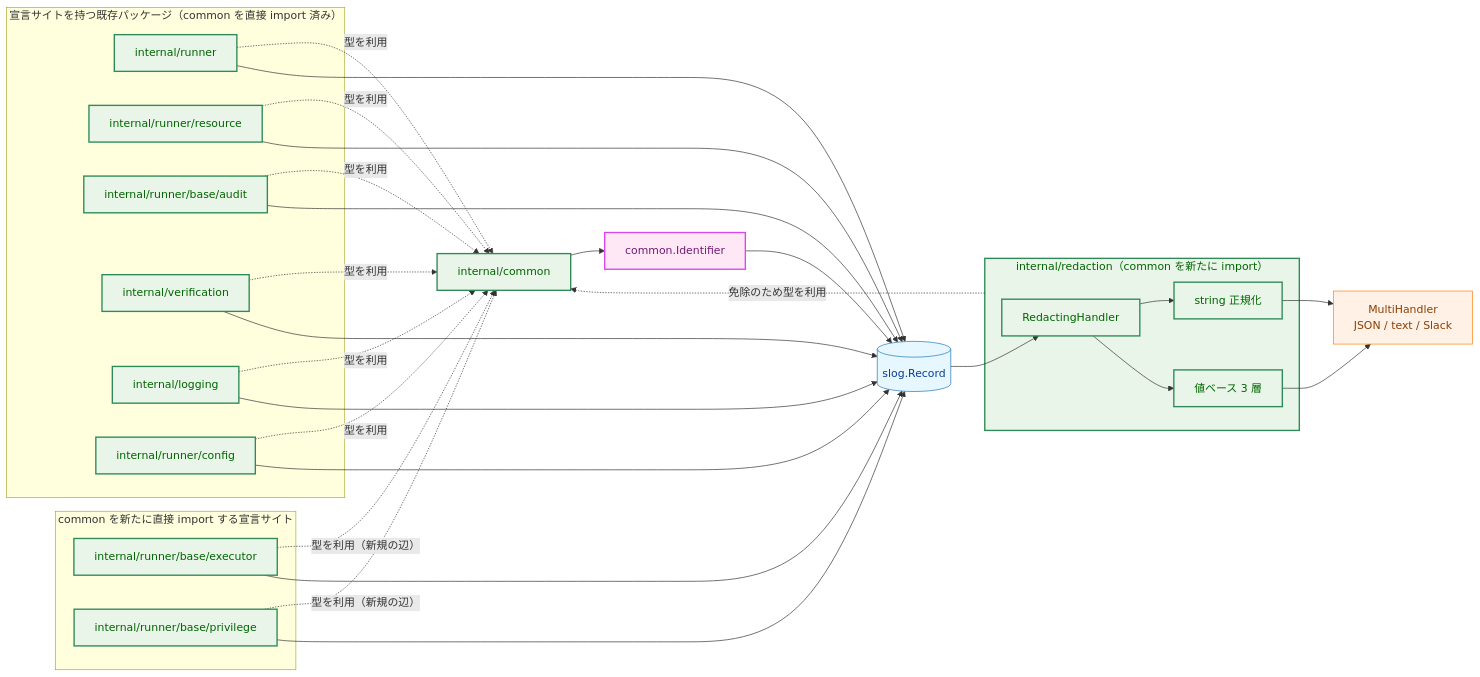
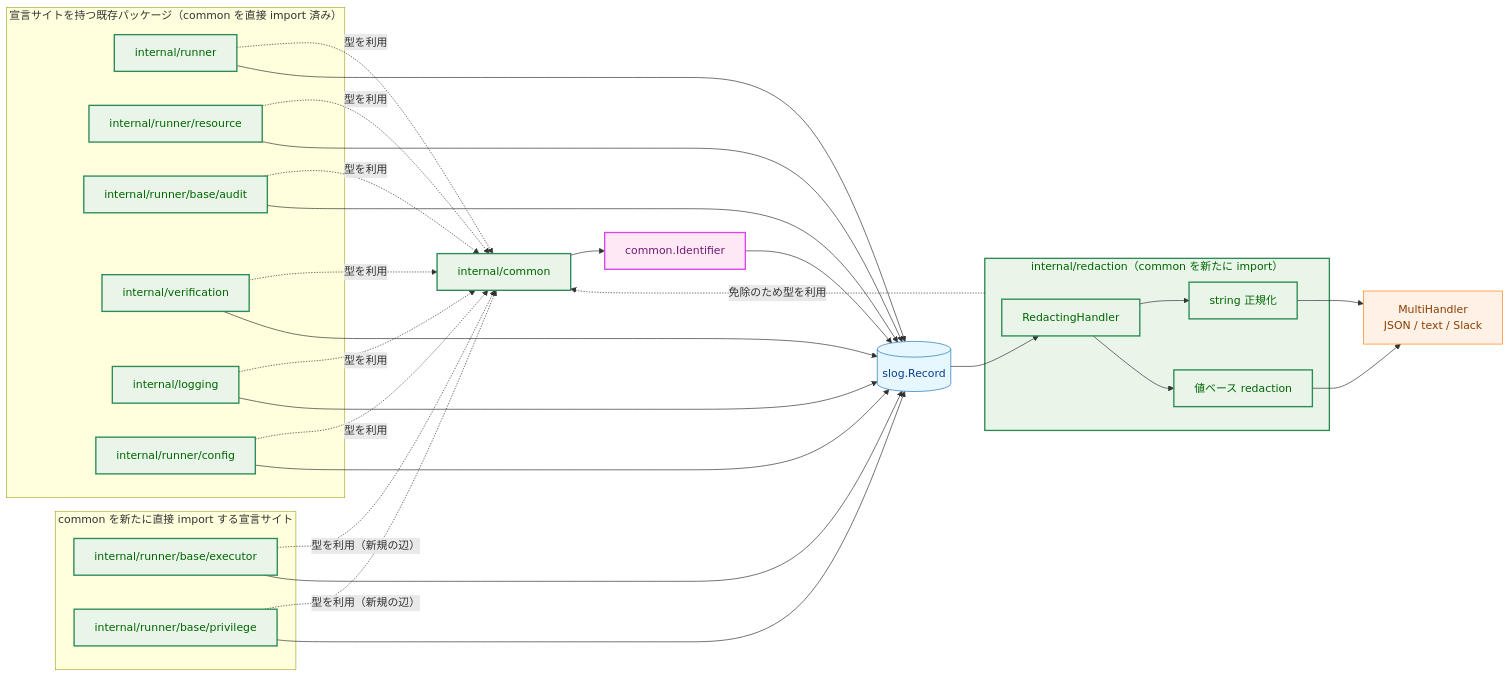
The third of 12 diagrams in docs/tasks/0173_identifier_redaction_exemption/02_architecture.md (isseis/go-safe-cmd-runner), drawn with Mermaid before and after one commit. The commit also changed other lines of this file, not shown here.

First line of the commit message:
docs(0173): use 値ベース redaction as the process term in the concept model

````diff
--- a/docs/tasks/0173_identifier_redaction_exemption/02_architecture.md
+++ b/docs/tasks/0173_identifier_redaction_exemption/02_architecture.md
@@ -128,63 +128,63 @@
 ```mermaid
 flowchart LR
     classDef data fill:#e6f7ff,stroke:#1f77b4,stroke-width:1px,color:#0b3d91;
     classDef process fill:#fff1e6,stroke:#ff7f0e,stroke-width:1px,color:#8a3e00;
     classDef enhanced fill:#e8f5e8,stroke:#2e8b57,stroke-width:2px,color:#006400;
     classDef newpkg fill:#ffe8f5,stroke:#d946ef,stroke-width:2px,color:#701a75;
 
     subgraph Producers["宣言サイトを持つ既存パッケージ（common を直接 import 済み）"]
         RUNNER["internal/runner"]
         RESOURCE["internal/runner/resource"]
         AUDIT["internal/runner/base/audit"]
         VERIFY["internal/verification"]
         LOGSEC["internal/logging"]
         CFGPKG["internal/runner/config"]
     end
 
     subgraph NewEdges["common を新たに直接 import する宣言サイト"]
         EXECPKG["internal/runner/base/executor"]
         PRIVPKG["internal/runner/base/privilege"]
     end
 
     COMMON["internal/common"]
     ID["common.Identifier"]
 
     subgraph Redaction["internal/redaction（common を新たに import）"]
         RH["RedactingHandler"]
         EX["string 正規化"]
-        VC["値ベース 3 層"]
+        VC["値ベース redaction"]
     end
 
     RECORD[("slog.Record")]
     DOWN["MultiHandler<br>JSON / text / Slack"]
 
     RUNNER -.->|"型を利用"| COMMON
     RESOURCE -.->|"型を利用"| COMMON
     AUDIT -.->|"型を利用"| COMMON
     VERIFY -.->|"型を利用"| COMMON
     LOGSEC -.->|"型を利用"| COMMON
     CFGPKG -.->|"型を利用"| COMMON
     EXECPKG -.->|"型を利用（新規の辺）"| COMMON
     PRIVPKG -.->|"型を利用（新規の辺）"| COMMON
     Redaction -.->|"免除のため型を利用"| COMMON
     COMMON --> ID
     RUNNER --> RECORD
     RESOURCE --> RECORD
     AUDIT --> RECORD
     VERIFY --> RECORD
     LOGSEC --> RECORD
     CFGPKG --> RECORD
     EXECPKG --> RECORD
     PRIVPKG --> RECORD
     ID --> RECORD
     RECORD --> RH
     RH --> EX
     RH --> VC
     EX --> DOWN
     VC --> DOWN
 
     class RECORD data
     class DOWN process
     class COMMON,RUNNER,RESOURCE,AUDIT,VERIFY,LOGSEC,CFGPKG,EXECPKG,PRIVPKG,Redaction,RH,EX,VC enhanced
     class ID newpkg
 ```
````
